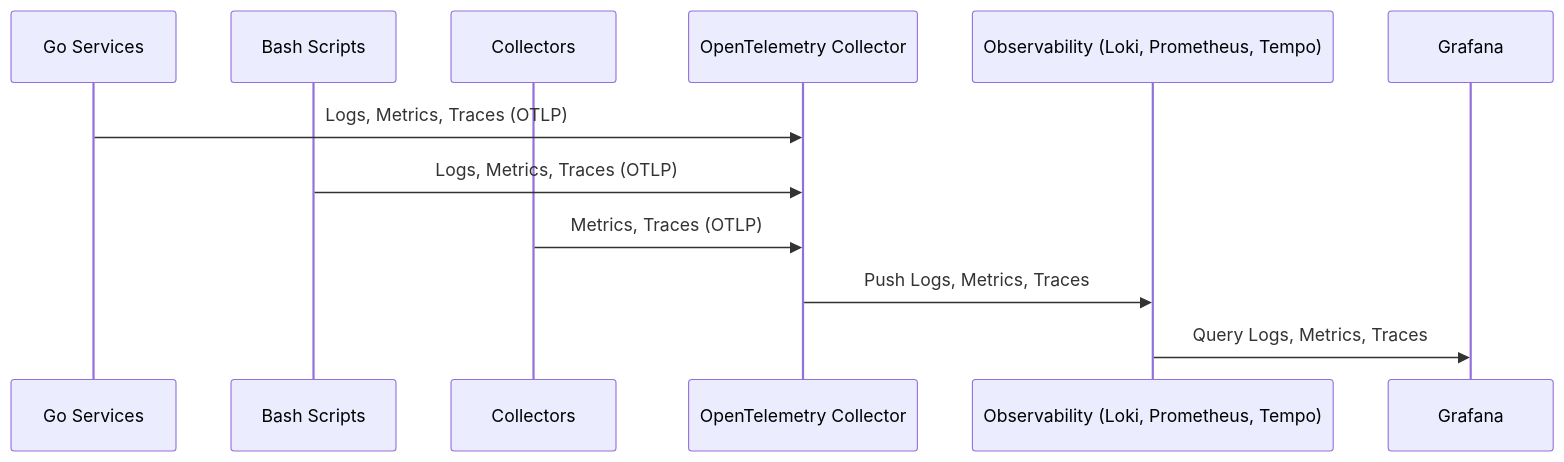
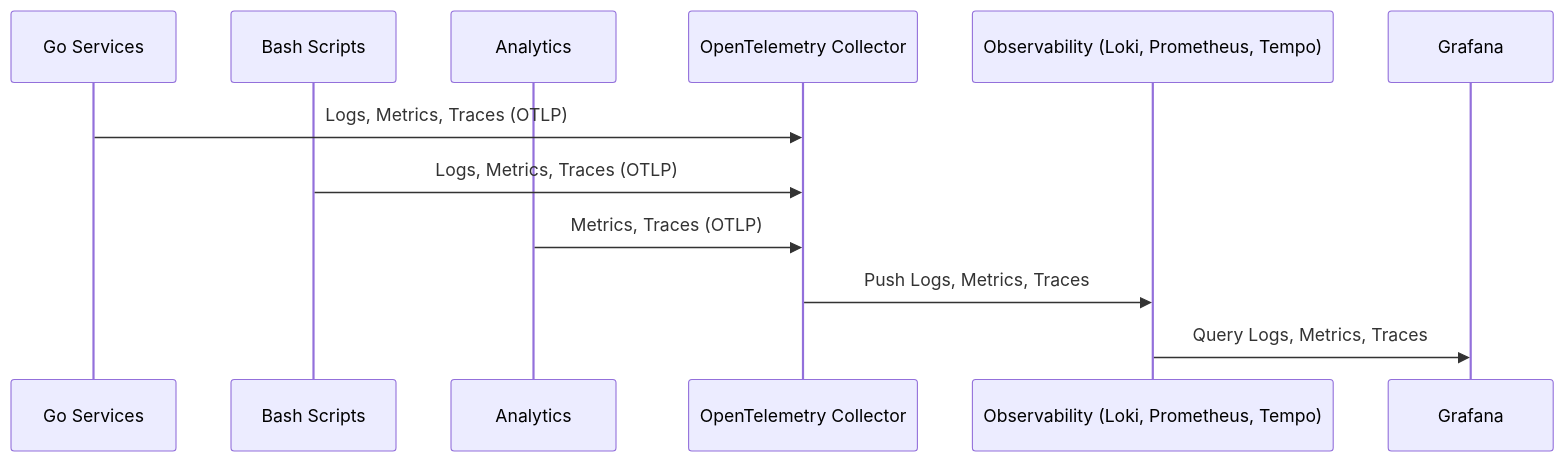
Before and after one commit to victoriacheng15/observability-hub: the diagram in docs/architecture/infrastructure/deployment.md, drawn with Mermaid. The commit also changed other lines of this file and 13 other files, not shown here.

````diff
--- a/docs/architecture/infrastructure/deployment.md
+++ b/docs/architecture/infrastructure/deployment.md
@@ -39,16 +39,16 @@
 ```mermaid
 sequenceDiagram
     participant App as Go Services
     participant Script as Bash Scripts
-    participant Collectors_Agent as Collectors
+    participant Analytics_Agent as Analytics
     participant OTel_Collector as OpenTelemetry Collector
     participant Observability as Observability (Loki, Prometheus, Tempo)
     participant Grafana as Grafana
 
     App->>OTel_Collector: Logs, Metrics, Traces (OTLP)
     Script->>OTel_Collector: Logs, Metrics, Traces (OTLP)
-    Collectors_Agent->>OTel_Collector: Metrics, Traces (OTLP)
+    Analytics_Agent->>OTel_Collector: Metrics, Traces (OTLP)
 
     OTel_Collector->>Observability: Push Logs, Metrics, Traces
     Observability->>Grafana: Query Logs, Metrics, Traces
 ```
````
